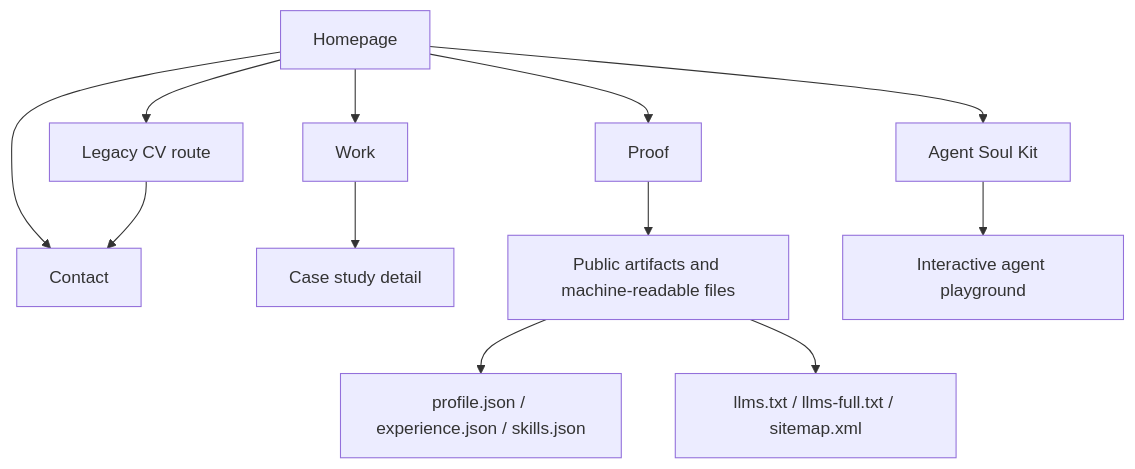
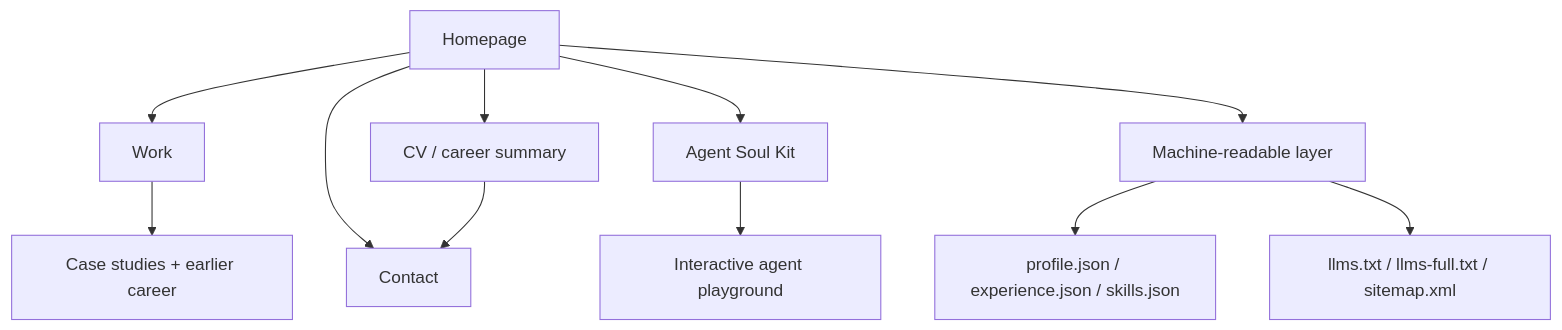
One commit to tonianev/tonianev.github.io changed the diagram in README.md. Above: the diagram before and after it, drawn with Mermaid. The commit also changed other lines of this file and 28 other files, not shown here.

````diff
--- a/README.md
+++ b/README.md
@@ -12,14 +16,13 @@
 ```mermaid
 flowchart TD
     A["Homepage"] --> B["Work"]
-    A --> C["Proof"]
+    A --> C["CV / career summary"]
     A --> D["Contact"]
     A --> E["Agent Soul Kit"]
-    A --> F["Legacy CV route"]
-    B --> G["Case study detail"]
-    C --> H["Public artifacts and machine-readable files"]
-    E --> I["Interactive agent playground"]
-    F --> D
-    H --> J["profile.json / experience.json / skills.json"]
-    H --> K["llms.txt / llms-full.txt / sitemap.xml"]
+    B --> F["Case studies + earlier career"]
+    C --> D
+    A --> G["Machine-readable layer"]
+    G --> H["profile.json / experience.json / skills.json"]
+    G --> I["llms.txt / llms-full.txt / sitemap.xml"]
+    E --> J["Interactive agent playground"]
 ```
````
